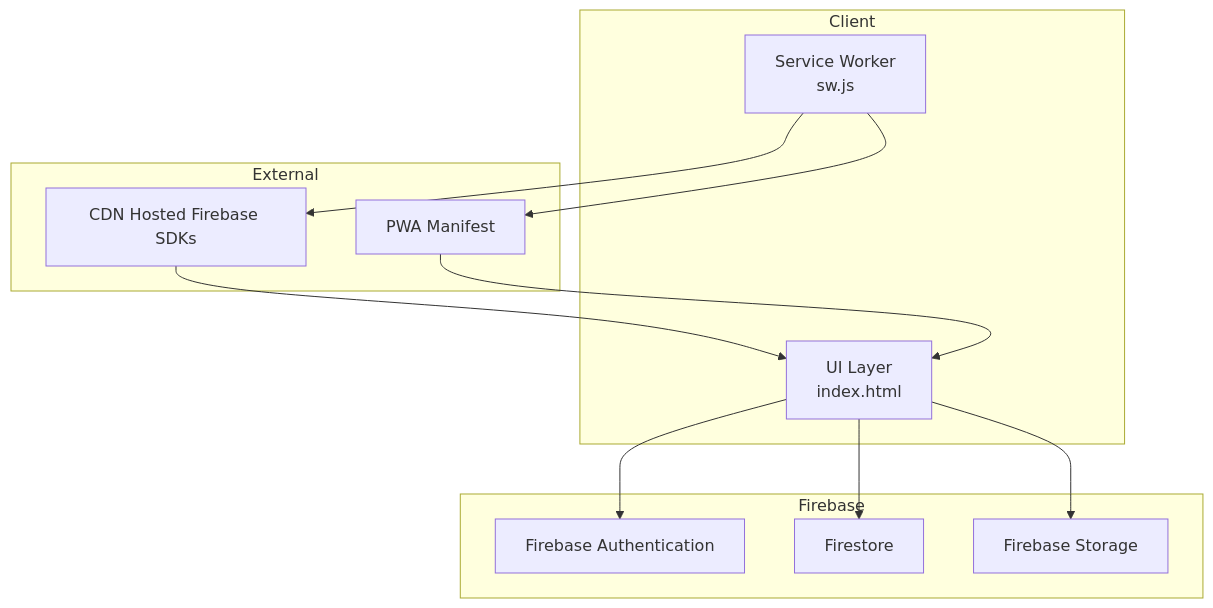
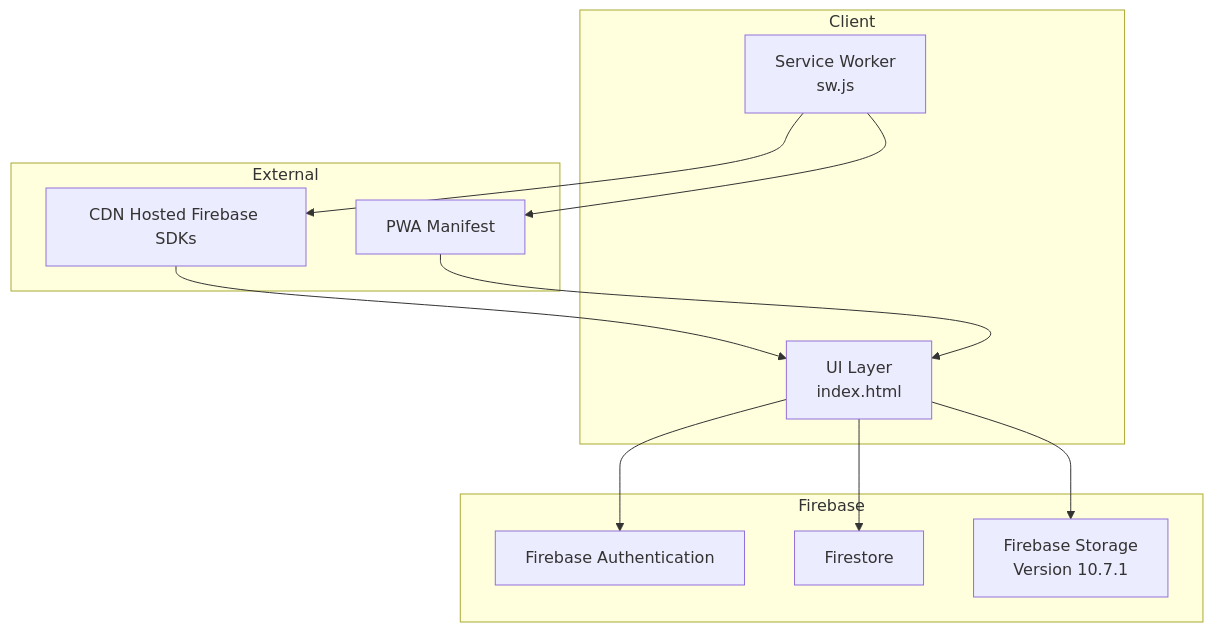
One commit to enga018/newserchhipnorthvc changed the second of 7 diagrams in .qoder/repowiki/en/content/Technical Architecture/Firebase Integration.md. Above: the diagram before and after it, drawn with Mermaid. The commit also changed other lines of this file and 10 other files, not shown here.

````diff
--- a/.qoder/repowiki/en/content/Technical Architecture/Firebase Integration.md
+++ b/.qoder/repowiki/en/content/Technical Architecture/Firebase Integration.md
@@ -77,23 +92,23 @@
 ```mermaid
 graph TB
 subgraph "Client"
 UI["UI Layer<br/>index.html"]
 SW["Service Worker<br/>sw.js"]
 end
 subgraph "Firebase"
 Auth["Firebase Authentication"]
 Firestore["Firestore"]
-Storage["Firebase Storage"]
+Storage["Firebase Storage<br/>Version 10.7.1"]
 end
 subgraph "External"
 CDN["CDN Hosted Firebase SDKs"]
 PWA["PWA Manifest"]
 end
 CDN --> UI
 PWA --> UI
 UI --> Auth
 UI --> Firestore
 UI --> Storage
 SW --> CDN
 SW --> PWA
 ```
````
